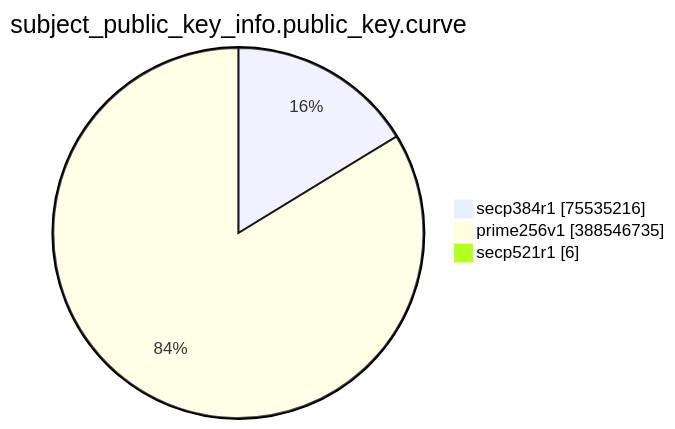
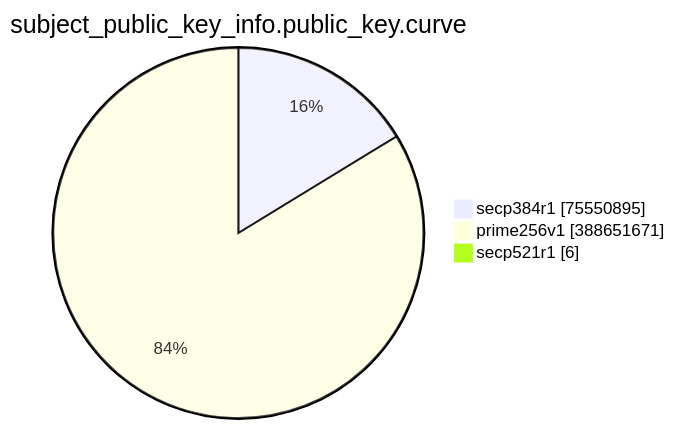
The eighth of 15 diagrams in TOTAL/README.md (christiankrug/ctmonitor_visualization), drawn with Mermaid before and after one commit. The commit also changed other lines of this file, not shown here.

````diff
--- a/TOTAL/README.md
+++ b/TOTAL/README.md
@@ -3094,7 +3094,7 @@
 ```mermaid
 pie showData
 title subject_public_key_info.public_key.curve
-"secp384r1" :75535216
-"prime256v1" :388546735
+"secp384r1" :75550895
+"prime256v1" :388651671
 "secp521r1" :6
 ```
````
